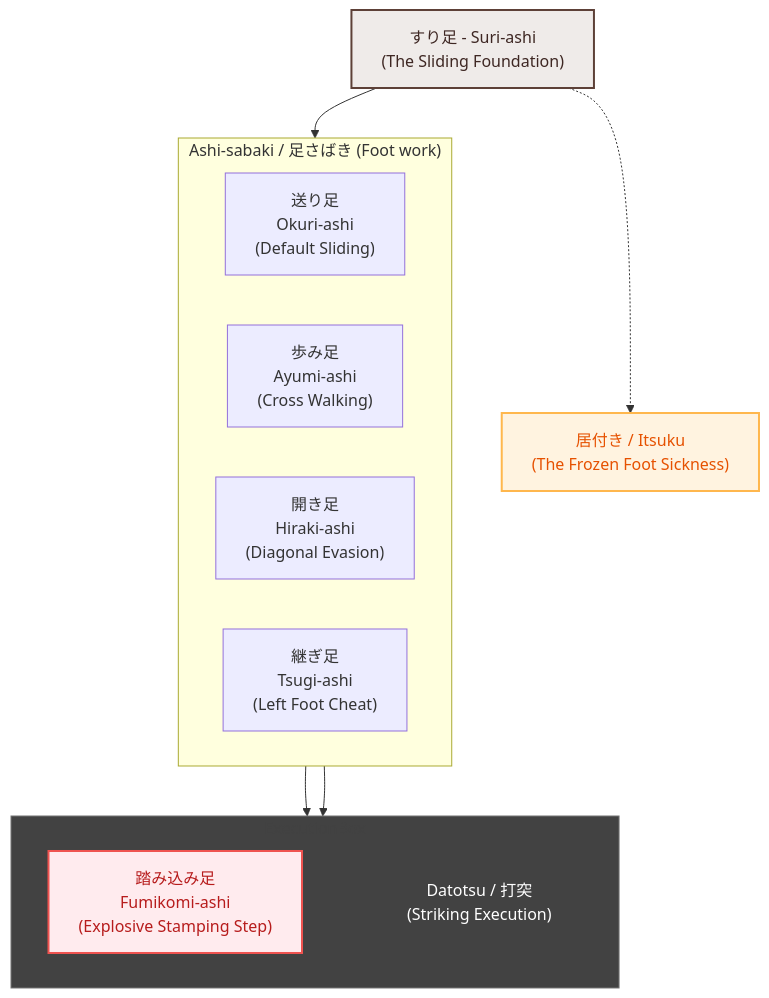
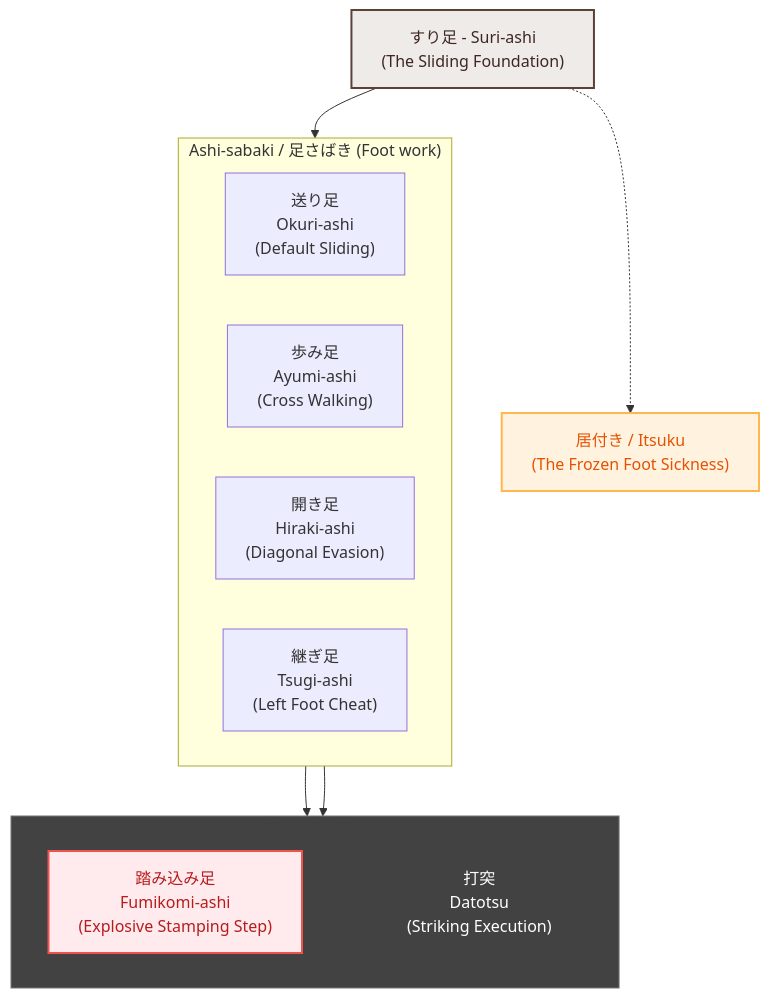
The diagram in kendo-waza.md (hshima/kendo-studies), drawn with Mermaid before and after one commit.

Commit message:
ajusta a ordem de xibição do datotsu

````diff
--- a/kendo-waza.md
+++ b/kendo-waza.md
@@ -174,48 +174,48 @@
 ```mermaid
 graph TD
     %% Global Styling
     classDef foundation fill:#efebe9,stroke:#5d4037,stroke-width:2px,color:#3e2723;
     classDef locomotion fill:#e1f5fe,stroke:#03a9f4,stroke-width:2px,color:#01579b;
     classDef execution fill:#ffebee,stroke:#ef5350,stroke-width:2px,color:#b71c1c;
     classDef warning fill:#fff3e0,stroke:#ffb74d,stroke-width:2px,color:#e65100;
 
     %% 1. FOUNDATION LEVEL
     Suri["すり足 - Suri-ashi<br>(The Sliding Foundation)"]
     class Suri foundation;
 
     %% 2. LOCOMOTION LEVEL
     subgraph Locomotion["Ashi-sabaki / 足さばき (Foot work)"]
         direction LR
         Okuri["送り足<br>Okuri-ashi<br>(Default Sliding)"]
         Ayumi["歩み足<br>Ayumi-ashi<br>(Cross Walking)"]
         Hiraki["開き足<br>Hiraki-ashi<br>(Diagonal Evasion)"]
         Tsugi["継ぎ足<br>Tsugi-ashi<br>(Left Foot Cheat)"]
     end
     class Locomotion locomotion;
 
     %% 3. TERMINATION & EXECUTION LEVEL (Compressed Canvas Fix)
     subgraph ExecutionBox
         direction LR
         Fumikomi["踏み込み足<br>Fumikomi-ashi<br>(Explosive Stamping Step)"]
-        DatotsuLabel["Datotsu / 打突 <br>(Striking Execution)"]
+        DatotsuLabel["打突<br>Datotsu<br>(Striking Execution)"]
         
         %% Forces vertical stacking inside a horizontal layout container
         Fumikomi ~~~ DatotsuLabel
     end
     
     %% Apply classes & styles safely
     class Fumikomi execution;
     style ExecutionBox fill:#424242,stroke:#757575,stroke-width:1px,color:#424242;
     style DatotsuLabel fill:none,stroke:none,color:#ffffff;
 
     %% 4. FOOTWORK SICKNESS
     Itsuku["居付き / Itsuku<br>(The Frozen Foot Sickness)"]
     class Itsuku warning;
 
     %% Structural Flow Connections
     Suri --> Locomotion
     Okuri --> Fumikomi
     Ayumi --> Fumikomi
     Suri -.-> Itsuku
 
 ```
````
